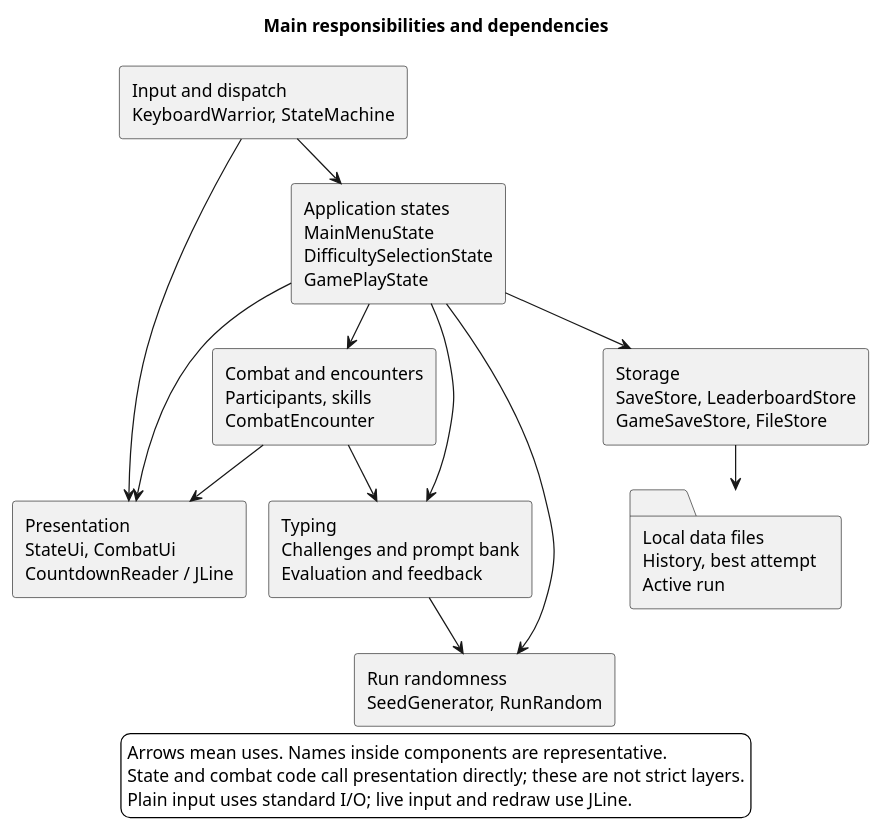
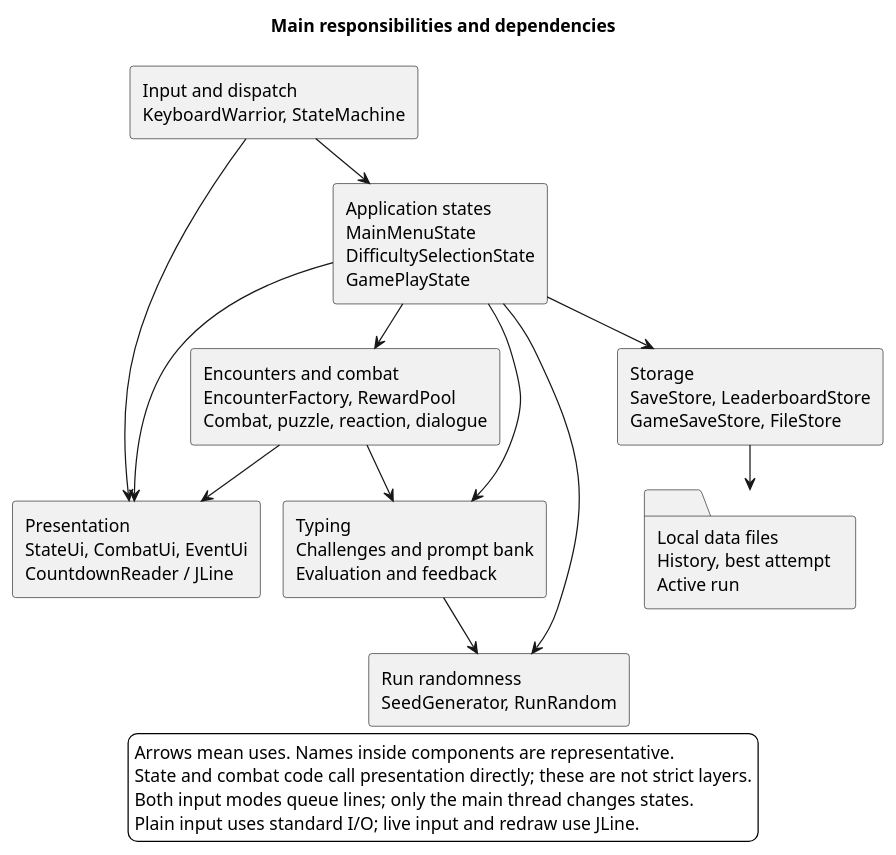
The diagram in docs/diagrams/architecture-overview.puml (AY2627S1-CS2113-W12-4/tp), drawn with PlantUML before and after one commit. The commit also changed 58 other files, not shown here.

```diff
--- a/docs/diagrams/architecture-overview.puml
+++ b/docs/diagrams/architecture-overview.puml
@@ -1,38 +1,39 @@
 @startuml
 !pragma layout smetana
 skinparam monochrome true
 skinparam shadowing false
 skinparam defaultFontName Arial
 skinparam backgroundColor white
 skinparam defaultFontSize 14
 skinparam componentStyle rectangle
 top to bottom direction
 title Main responsibilities and dependencies
 
 component "Input and dispatch\nKeyboardWarrior, StateMachine" as runtime
 component "Application states\nMainMenuState\nDifficultySelectionState\nGamePlayState" as states
-component "Presentation\nStateUi, CombatUi\nCountdownReader / JLine" as ui
+component "Presentation\nStateUi, CombatUi, EventUi\nCountdownReader / JLine" as ui
 component "Typing\nChallenges and prompt bank\nEvaluation and feedback" as typing
-component "Combat and encounters\nParticipants, skills\nCombatEncounter" as combat
+component "Encounters and combat\nEncounterFactory, RewardPool\nCombat, puzzle, reaction, dialogue" as combat
 component "Run randomness\nSeedGenerator, RunRandom" as seed
 component "Storage\nSaveStore, LeaderboardStore\nGameSaveStore, FileStore" as storage
 folder "Local data files\nHistory, best attempt\nActive run" as files
 
 runtime --> states
 runtime --> ui
 states --> ui
 states --> typing
 states --> combat
 states --> seed
 states --> storage
 combat --> typing
 combat --> ui
 typing --> seed
 storage --> files
 
 legend bottom
   Arrows mean uses. Names inside components are representative.
   State and combat code call presentation directly; these are not strict layers.
+  Both input modes queue lines; only the main thread changes states.
   Plain input uses standard I/O; live input and redraw use JLine.
 endlegend
 @enduml
```
